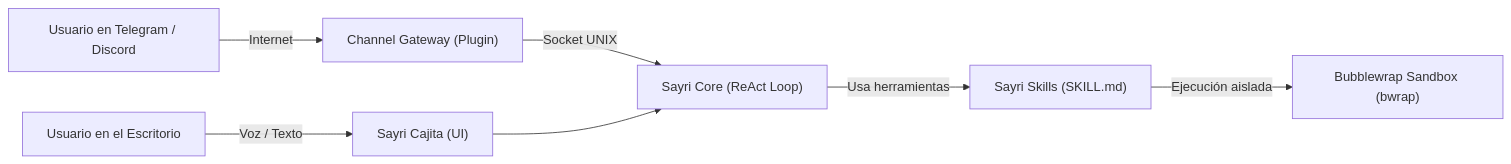
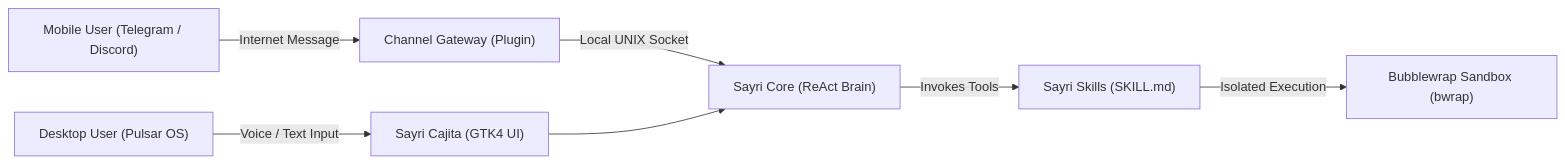
The first of 2 diagrams in src/data/help/architecture/sayri.md (Inled-Pulsar-OS/os.inled.es), drawn with Mermaid before and after one commit. The commit also changed other lines of this file and 1 other file, not shown here.

Commit message:
docs: full professional English translation of Sayri, Skills, Gateways, and Architecture guides

````diff
--- a/src/data/help/architecture/sayri.md
+++ b/src/data/help/architecture/sayri.md
@@ -17,11 +17,11 @@
 ```mermaid
 graph LR
-    User["Usuario en el Escritorio"] -->|Voz / Texto| Cajita["Sayri Cajita (UI)"]
-    Remote["Usuario en Telegram / Discord"] -->|Internet| Gateway["Channel Gateway (Plugin)"]
+    User["Desktop User (Pulsar OS)"] -->|Voice / Text Input| Cajita["Sayri Cajita (GTK4 UI)"]
+    Remote["Mobile User (Telegram / Discord)"] -->|Internet Message| Gateway["Channel Gateway (Plugin)"]
     
-    Gateway -->|Socket UNIX| Core["Sayri Core (ReAct Loop)"]
+    Gateway -->|Local UNIX Socket| Core["Sayri Core (ReAct Brain)"]
     Cajita --> Core
     
-    Core -->|Usa herramientas| Skills["Sayri Skills (SKILL.md)"]
-    Skills -->|Ejecución aislada| Bwrap["Bubblewrap Sandbox (bwrap)"]
+    Core -->|Invokes Tools| Skills["Sayri Skills (SKILL.md)"]
+    Skills -->|Isolated Execution| Bwrap["Bubblewrap Sandbox (bwrap)"]
 ```
````
